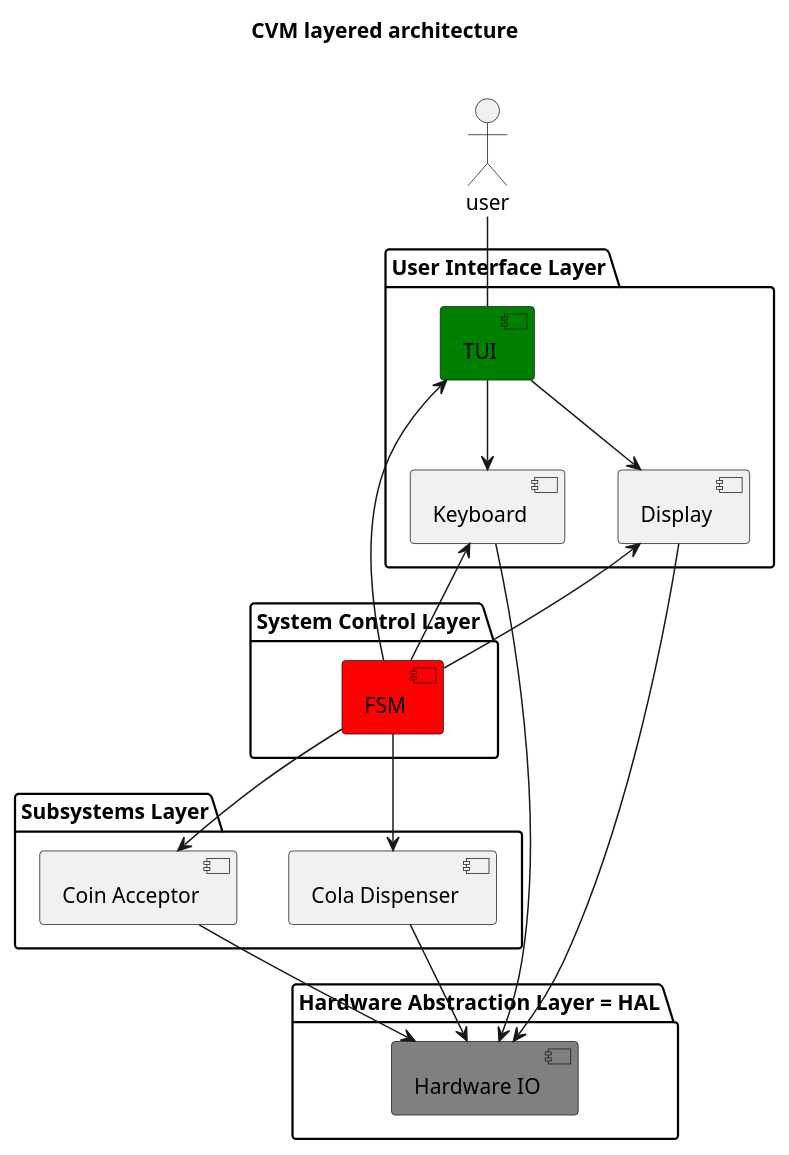
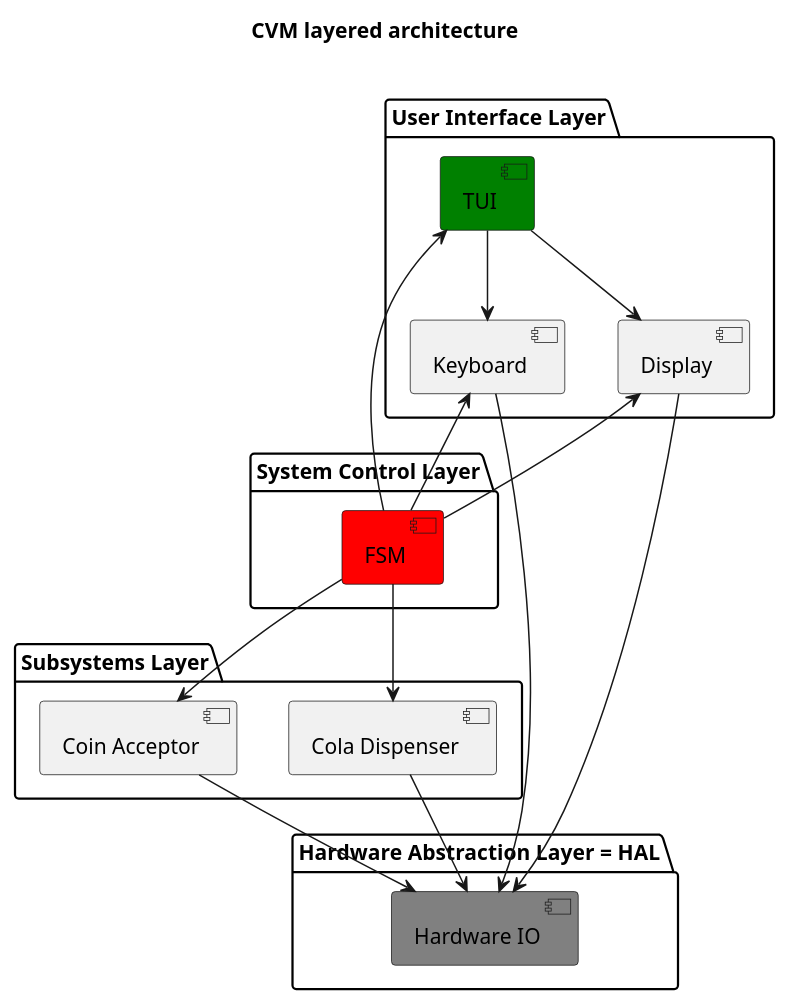
Before and after one commit to josokw/IntroductionC: the diagram in ColaVendingMachine/CVM-1/uml/ColaVendingMachine-1-layer.puml, drawn with PlantUML.

Commit message:
Remove user

```diff
--- a/ColaVendingMachine/CVM-1/uml/ColaVendingMachine-1-layer.puml
+++ b/ColaVendingMachine/CVM-1/uml/ColaVendingMachine-1-layer.puml
@@ -1,40 +1,36 @@
 @startuml
 
 title CVM layered architecture\n
-
-actor user
 
 package "User Interface Layer" {
     [Display]
     [Keyboard]
     [TUI] #green
 }
 
 package "System Control Layer" {
     [FSM] #red
 }
 
 package "Subsystems Layer" {
     [Cola Dispenser]
     [Coin Acceptor]
 }
 
 package "Hardware Abstraction Layer = HAL" {
     [Hardware IO] #grey
 }
 
 [FSM] -down-> [Coin Acceptor]
 [FSM] -down-> [Cola Dispenser]
 [FSM] -up-> [Display]
 [FSM] -up-> [Keyboard]
 [FSM] -up-> [TUI]
 [Coin Acceptor] --> [Hardware IO]
 [Cola Dispenser] --> [Hardware IO]
 [TUI] -down-> [Keyboard]
 [TUI] -down-> [Display]
 [Display] --> [Hardware IO]
 [Keyboard] --> [Hardware IO]
 
-user -- [TUI]
-
 @enduml
```
